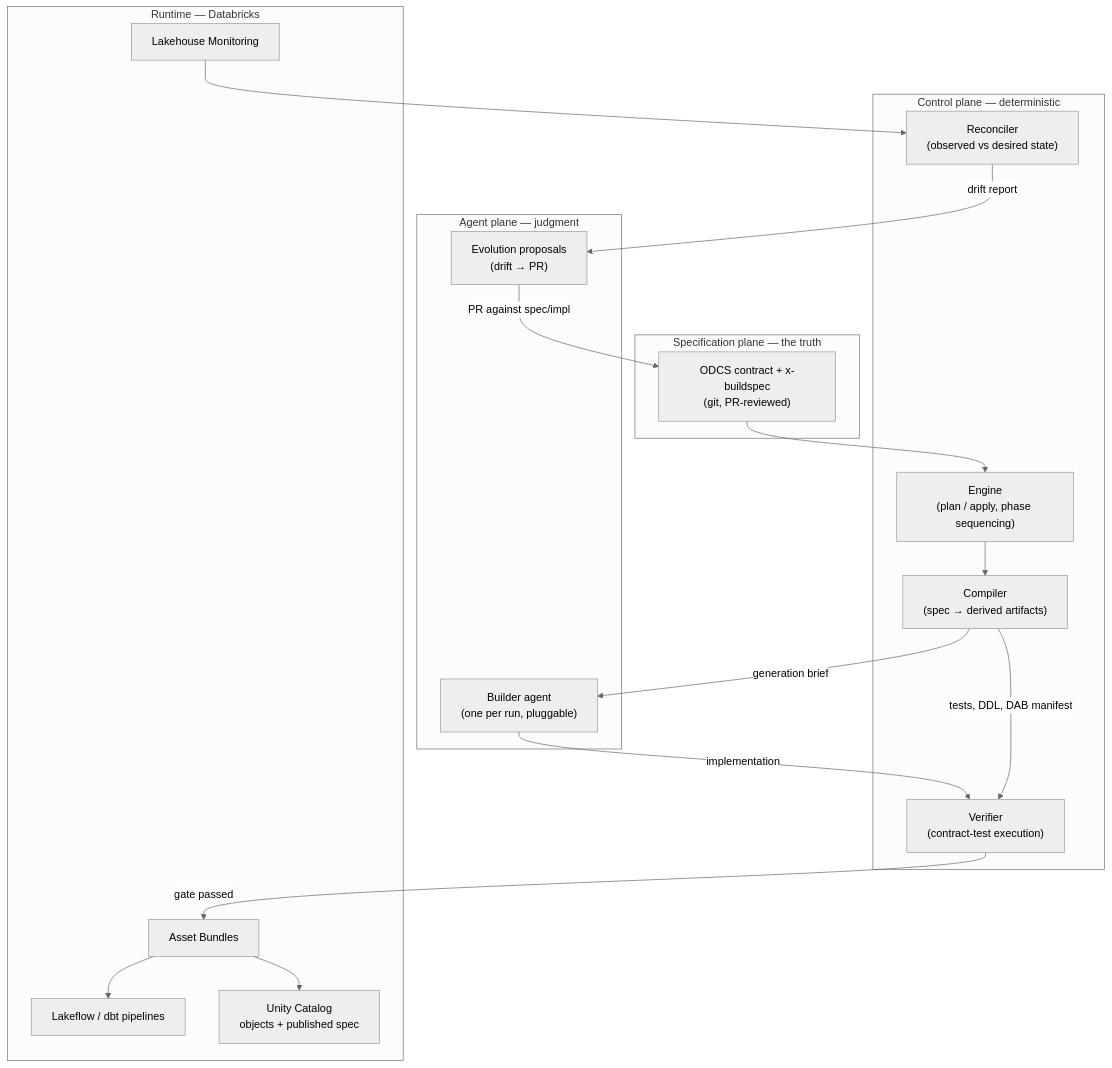
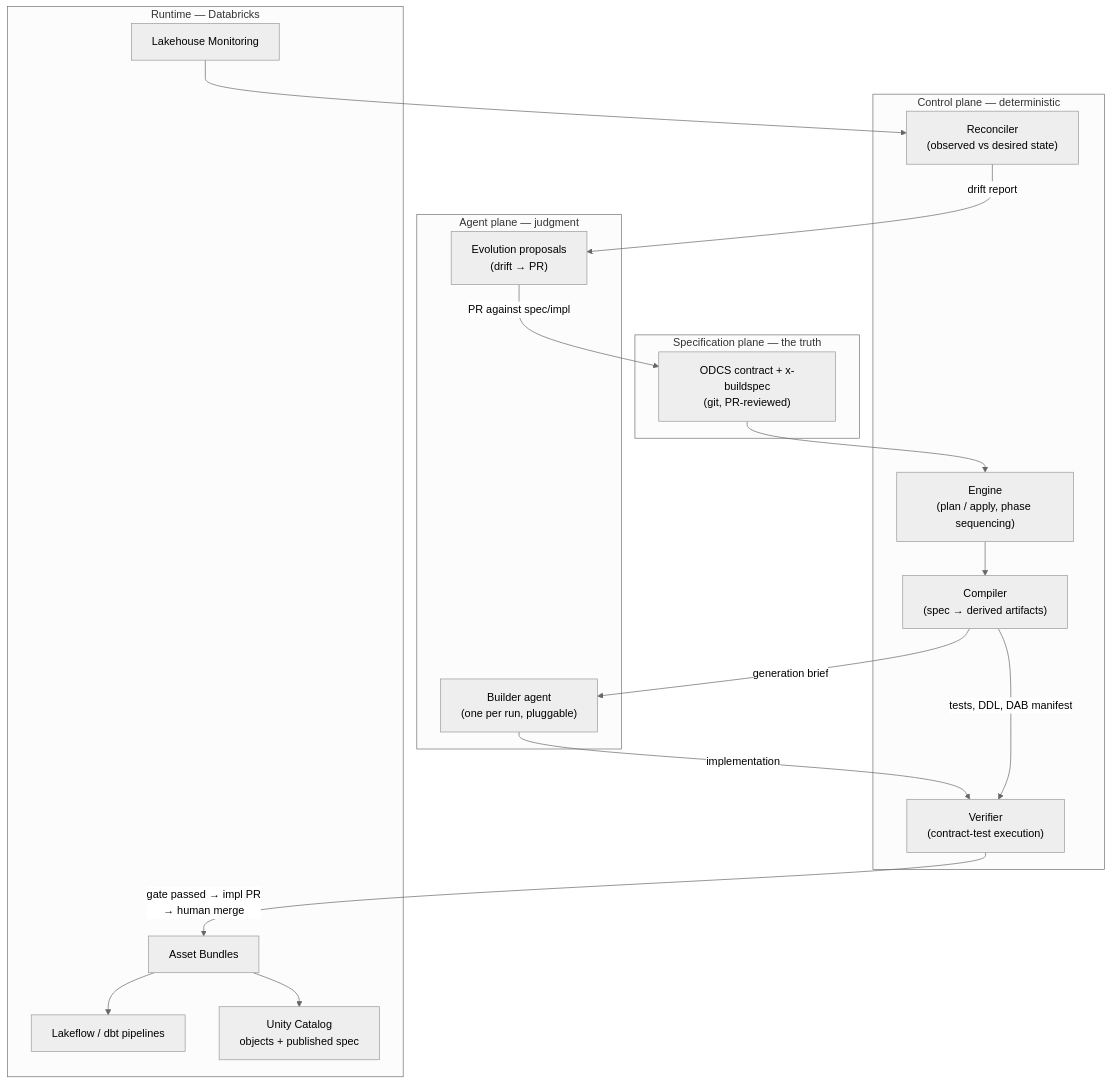
Before and after one commit to shivanandiyer/project-specforge: the first of 3 diagrams in docs/architecture/overview.md, drawn with Mermaid (neutral theme). The commit also changed other lines of this file and 8 other files, not shown here.

First line of the commit message:
feat: adopt architecture review P0 changes (ADR-0008, ADR-0009, egress policy)

````diff
--- a/docs/architecture/overview.md
+++ b/docs/architecture/overview.md
@@ -9,34 +9,34 @@
 ```mermaid
 flowchart TB
     subgraph SP["Specification plane — the truth"]
         SPEC["ODCS contract + x-buildspec<br/>(git, PR-reviewed)"]
     end
     subgraph CP["Control plane — deterministic"]
         ENGINE["Engine<br/>(plan / apply, phase sequencing)"]
         COMPILER["Compiler<br/>(spec → derived artifacts)"]
         VERIFIER["Verifier<br/>(contract-test execution)"]
         RECON["Reconciler<br/>(observed vs desired state)"]
     end
     subgraph AP["Agent plane — judgment"]
         BUILDER["Builder agent<br/>(one per run, pluggable)"]
         EVOLVER["Evolution proposals<br/>(drift → PR)"]
     end
     subgraph RT["Runtime — Databricks"]
         DAB["Asset Bundles"]
         PIPE["Lakeflow / dbt pipelines"]
         UC["Unity Catalog<br/>objects + published spec"]
         MON["Lakehouse Monitoring"]
     end
 
     SPEC --> ENGINE
     ENGINE --> COMPILER
     COMPILER -->|"generation brief"| BUILDER
     BUILDER -->|"implementation"| VERIFIER
     COMPILER -->|"tests, DDL, DAB manifest"| VERIFIER
-    VERIFIER -->|"gate passed"| DAB
+    VERIFIER -->|"gate passed → impl PR<br/>→ human merge"| DAB
     DAB --> PIPE
     DAB --> UC
     MON --> RECON
     RECON -->|"drift report"| EVOLVER
     EVOLVER -->|"PR against spec/impl"| SPEC
 ```
````
